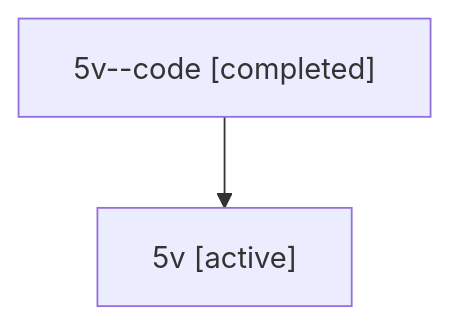
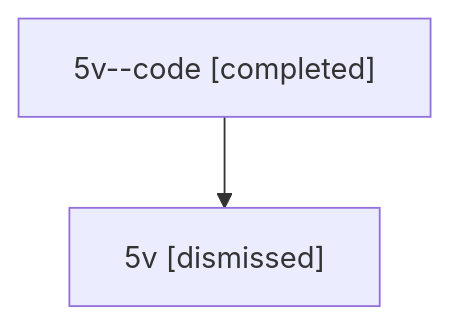
The diagram in sessions/bbugyi200.athena.5v.md (sase-org/sase--agents), drawn with Mermaid before and after one commit. The commit also changed other lines of this file and 35 other files, not shown here.

````diff
--- a/sessions/bbugyi200.athena.5v.md
+++ b/sessions/bbugyi200.athena.5v.md
@@ -9,6 +9,6 @@
 ```mermaid
 flowchart TD
   n0["5v--code [completed]"]
-  n1["5v [active]"]
+  n1["5v [dismissed]"]
   n0 --> n1
 ```
````
